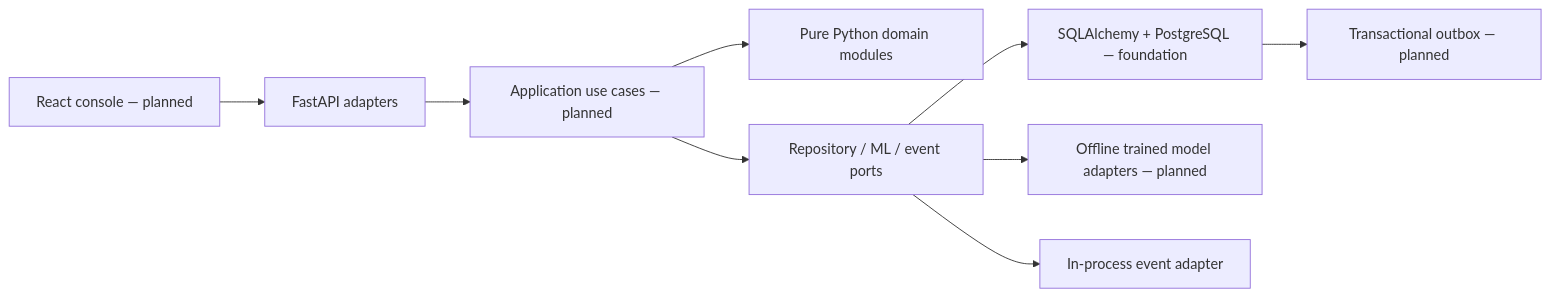
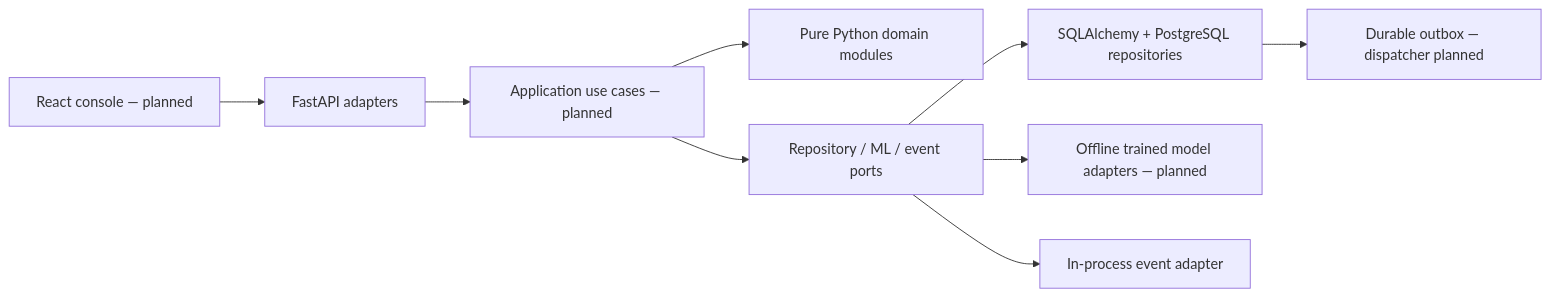
Before and after one commit to nuchaaa/FraudLens: the diagram in README.md, drawn with Mermaid. The commit also changed other lines of this file and 34 other files, not shown here.

Commit message:
Implement PostgreSQL persistence and verified transaction boundaries

````diff
--- a/README.md
+++ b/README.md
@@ -36,11 +37,11 @@
 ```mermaid
 flowchart LR
     UI[React console — planned] --> HTTP[FastAPI adapters]
     HTTP --> UC[Application use cases — planned]
     UC --> D[Pure Python domain modules]
     UC --> P[Repository / ML / event ports]
-    P --> DB[SQLAlchemy + PostgreSQL — foundation]
+    P --> DB[SQLAlchemy + PostgreSQL repositories]
     P --> ML[Offline trained model adapters — planned]
     P --> EV[In-process event adapter]
-    DB --> OB[Transactional outbox — planned]
+    DB --> OB[Durable outbox — dispatcher planned]
 ```
````
